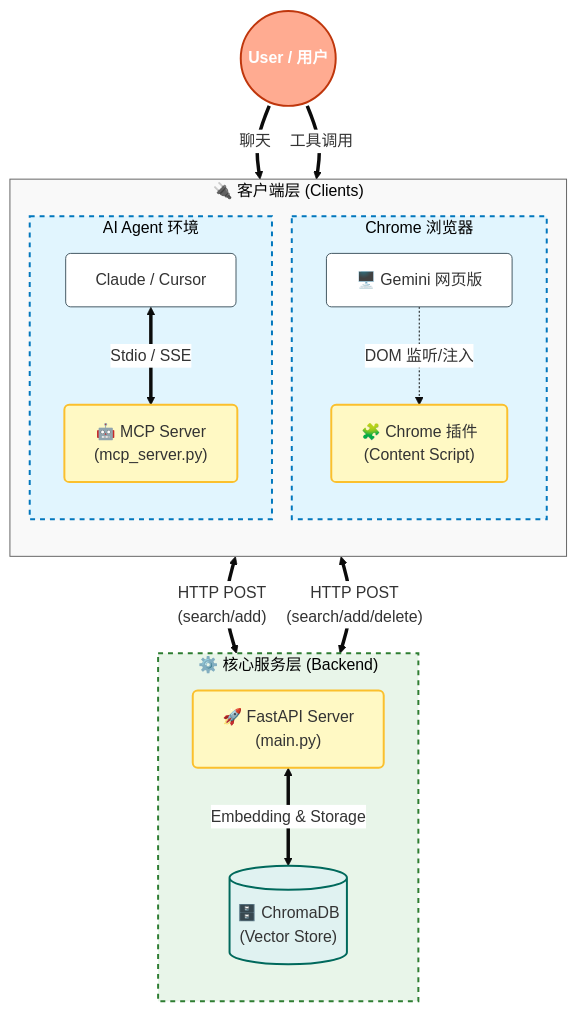
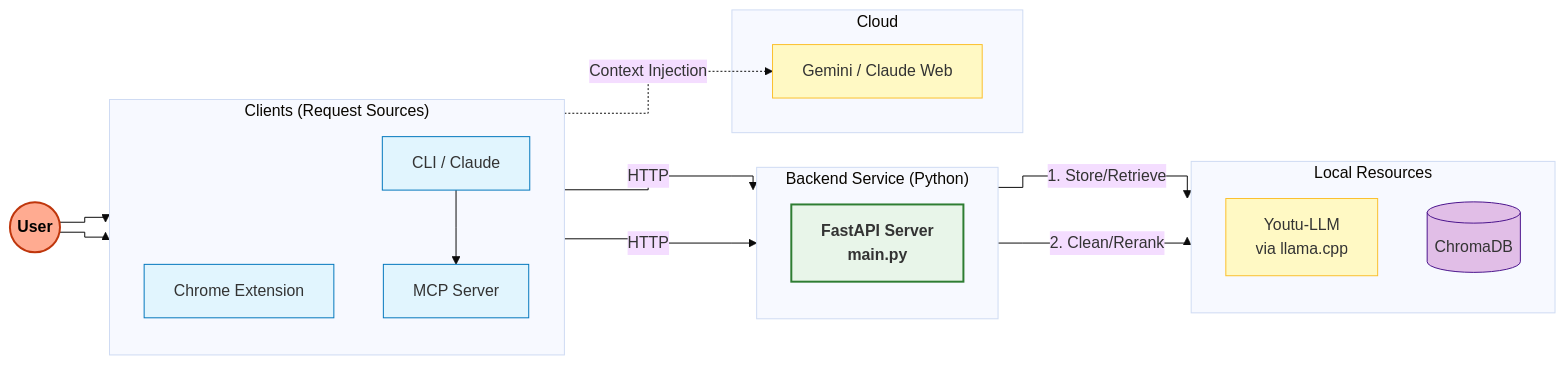
Before and after one commit to user0857/llm-memory-bridge: the diagram in architecture.mmd, drawn with Mermaid. The commit also changed 6 other files, not shown here.

Commit message:
refactor: migrate to MLX with Youtu-LLM and restructure agent module

```diff
--- a/architecture.mmd
+++ b/architecture.mmd
@@ -1,56 +1,50 @@
-%%{init: {'theme': 'base', 'themeVariables': { 'fontFamily': 'arial', 'fontSize': '16px', 'primaryColor': '#fff', 'edgeLabelBackground': '#fff', 'clusterBkg': '#f9f9f9', 'clusterBorder': '#666' }}}%%
-graph TD
+%%{init: {'theme': 'base', 'flowchart': {'curve': 'stepAfter'}}}%%
+graph LR
     %% 样式定义
-    classDef userNode fill:#FFAB91,stroke:#BF360C,stroke-width:2px,color:white,font-weight:bold;
-    classDef clientEnv fill:#E1F5FE,stroke:#0277BD,stroke-width:2px,stroke-dasharray: 5 5;
-    classDef serverEnv fill:#E8F5E9,stroke:#2E7D32,stroke-width:2px,stroke-dasharray: 5 5;
-    classDef database fill:#E0F2F1,stroke:#00695C,stroke-width:2px,rx:5,ry:5;
-    classDef component fill:#ffffff,stroke:#455A64,stroke-width:1px,rx:5,ry:5;
-    classDef highlight fill:#FFF9C4,stroke:#FBC02D,stroke-width:2px,rx:5,ry:5;
+    classDef userNode fill:#FFAB91,stroke:#BF360C,stroke-width:2px,color:black,font-weight:bold;
+    classDef clientNode fill:#E1F5FE,stroke:#0277BD,stroke-width:1px;
+    classDef serverNode fill:#E8F5E9,stroke:#2E7D32,stroke-width:2px,font-weight:bold;
+    classDef resourceNode fill:#FFF9C4,stroke:#FBC02D,stroke-width:1px;
+    classDef dbNode fill:#E1BEE7,stroke:#4A148C,stroke-width:1px;
 
-    %% 用户
-    User((User / 用户)):::userNode
+    %% 节点
+    User((User)):::userNode
 
-    %% 客户端层
-    subgraph Clients ["🔌 客户端层 (Clients)"]
+    subgraph Clients ["Clients (Request Sources)"]
         direction TB
-        
-        subgraph Chrome ["Chrome 浏览器"]
-            GeminiWeb["🖥️ Gemini 网页版"]:::component
-            Extension["🧩 Chrome 插件<br/>(Content Script)"]:::highlight
-        end
-        
-        subgraph Agent ["AI Agent 环境"]
-            MCPServer["🤖 MCP Server<br/>(mcp_server.py)"]:::highlight
-            Claude["Claude / Cursor"]:::component
-        end
+        Ext[Chrome Extension]:::clientNode
+        MCP[MCP Server]:::clientNode
+        CLI[CLI / Claude]:::clientNode
     end
 
-    %% 服务端层
-    subgraph Server ["⚙️ 核心服务层 (Backend)"]
+    subgraph Backend ["Backend Service (Python)"]
         direction TB
-        
-        FastAPI["🚀 FastAPI Server<br/>(main.py)"]:::highlight
-        ChromaDB[("🗄️ ChromaDB<br/>(Vector Store)")]:::database
+        FastAPI[FastAPI Server<br/>main.py]:::serverNode
     end
 
-    %% 关系连线
+    subgraph Resources ["Local Resources"]
+        direction TB
+        Youtu[Youtu-LLM<br/>via llama.cpp]:::resourceNode
+        Chroma[(ChromaDB)]:::dbNode
+    end
+
+    subgraph Cloud ["Cloud"]
+        CloudLLM[Gemini / Claude Web]:::resourceNode
+    end
+
+    %% 连接 - 使用直线/折线逻辑
+    User --> Ext
+    User --> CLI
+    CLI --> MCP
     
-    %% 用户交互
-    User ==>|"聊天"| GeminiWeb
-    User ==>|"工具调用"| Claude
+    Ext -- "HTTP" --> FastAPI
+    MCP -- "HTTP" --> FastAPI
+    
+    FastAPI -- "1. Store/Retrieve" --> Chroma
+    FastAPI -- "2. Clean/Rerank" --> Youtu
+    
+    Ext -.->|"Context Injection"| CloudLLM
 
-    %% 插件交互
-    GeminiWeb -.->|"DOM 监听/注入"| Extension
-    Extension <==>|"HTTP POST<br/>(search/add)"| FastAPI
-
-    %% MCP 交互
-    Claude <==>|"Stdio / SSE"| MCPServer
-    MCPServer <==>|"HTTP POST<br/>(search/add/delete)"| FastAPI
-
-    %% 数据交互
-    FastAPI <==>|"Embedding & Storage"| ChromaDB
-
-    %% 样式应用
-    class Chrome,Agent clientEnv
-    class Server serverEnv
+    %% 强制布局分层
+    Clients ~~~ Backend
+    Backend ~~~ Resources
```
